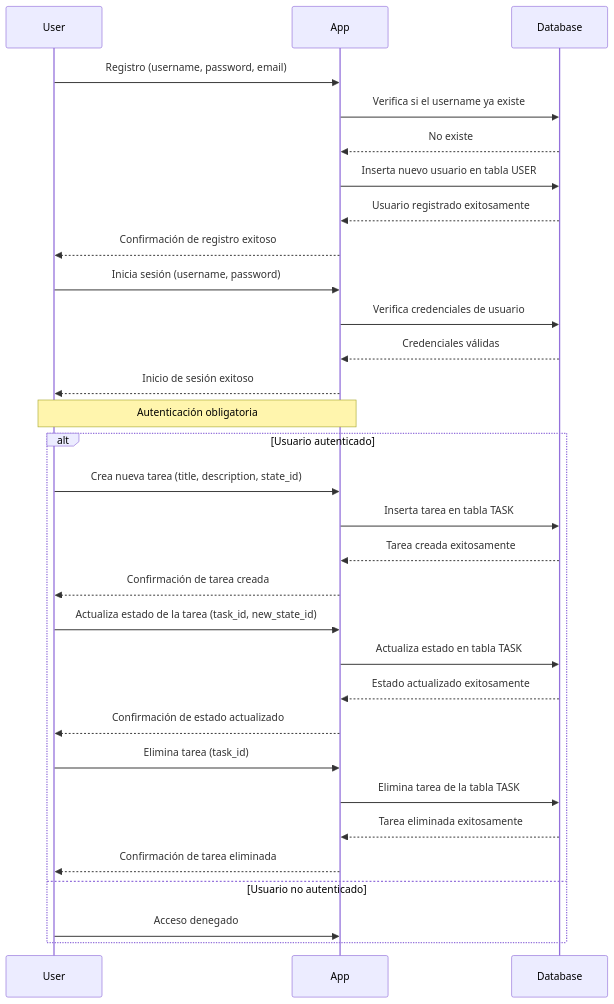
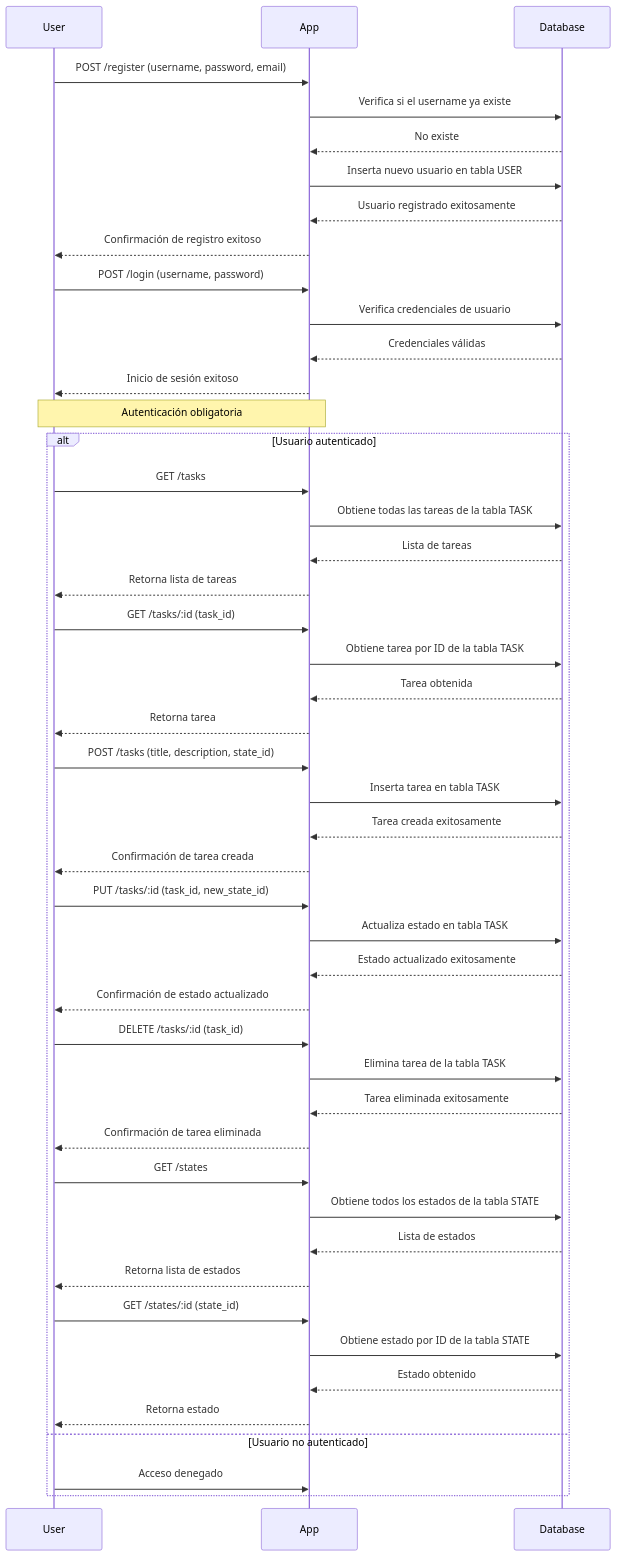
Before and after one commit to ivaniuss/collaborative-projects: the second of 2 diagrams in task-manager/Readme.md, drawn with Mermaid.

Commit message:
readme updated

````diff
--- a/task-manager/Readme.md
+++ b/task-manager/Readme.md
@@ -46,39 +46,60 @@
 ```mermaid
 sequenceDiagram
     participant User
     participant App
     participant Database
 
-    User ->> App: Registro (username, password, email)
+    User ->> App: POST /register (username, password, email)
     App ->> Database: Verifica si el username ya existe
     Database -->> App: No existe
     App ->> Database: Inserta nuevo usuario en tabla USER
     Database -->> App: Usuario registrado exitosamente
     App -->> User: Confirmación de registro exitoso
 
-    User ->> App: Inicia sesión (username, password)
+    User ->> App: POST /login (username, password)
     App ->> Database: Verifica credenciales de usuario
     Database -->> App: Credenciales válidas
     App -->> User: Inicio de sesión exitoso
 
     Note over User,App: Autenticación obligatoria
 
     alt Usuario autenticado
-        User ->> App: Crea nueva tarea (title, description, state_id)
+        User ->> App: GET /tasks
+        App ->> Database: Obtiene todas las tareas de la tabla TASK
+        Database -->> App: Lista de tareas
+        App -->> User: Retorna lista de tareas
+
+        User ->> App: GET /tasks/:id (task_id)
+        App ->> Database: Obtiene tarea por ID de la tabla TASK
+        Database -->> App: Tarea obtenida
+        App -->> User: Retorna tarea
+
+        User ->> App: POST /tasks (title, description, state_id)
         App ->> Database: Inserta tarea en tabla TASK
         Database -->> App: Tarea creada exitosamente
         App -->> User: Confirmación de tarea creada
 
-        User ->> App: Actualiza estado de la tarea (task_id, new_state_id)
+        User ->> App: PUT /tasks/:id (task_id, new_state_id)
         App ->> Database: Actualiza estado en tabla TASK
         Database -->> App: Estado actualizado exitosamente
         App -->> User: Confirmación de estado actualizado
 
-        User ->> App: Elimina tarea (task_id)
+        User ->> App: DELETE /tasks/:id (task_id)
         App ->> Database: Elimina tarea de la tabla TASK
         Database -->> App: Tarea eliminada exitosamente
         App -->> User: Confirmación de tarea eliminada
+
+        User ->> App: GET /states
+        App ->> Database: Obtiene todos los estados de la tabla STATE
+        Database -->> App: Lista de estados
+        App -->> User: Retorna lista de estados
+
+        User ->> App: GET /states/:id (state_id)
+        App ->> Database: Obtiene estado por ID de la tabla STATE
+        Database -->> App: Estado obtenido
+        App -->> User: Retorna estado
     else Usuario no autenticado
         User ->> App: Acceso denegado
     end
+
 ```
````
